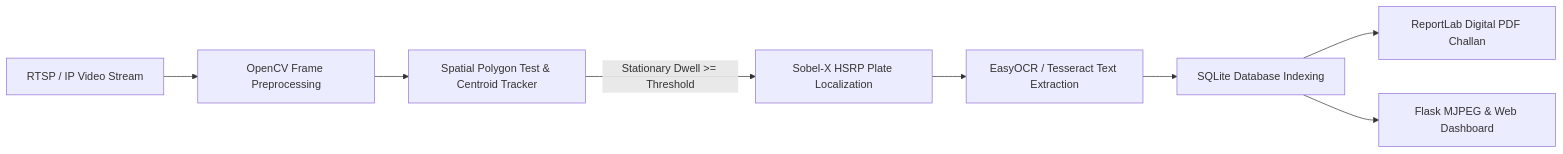
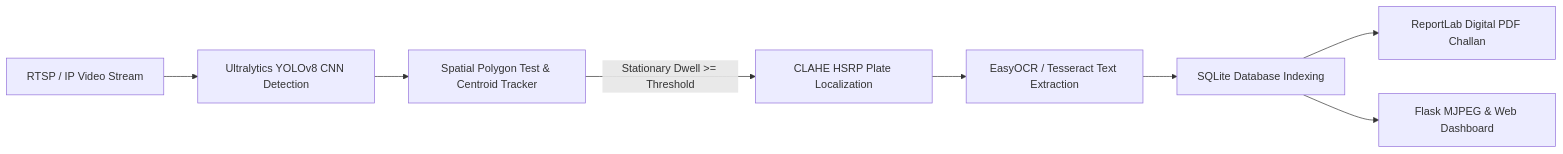
One commit to Aryan1238/ParkGuard-AI changed the diagram in README.md. Above: the diagram before and after it, drawn with Mermaid. The commit also changed other lines of this file, not shown here.

````diff
--- a/README.md
+++ b/README.md
@@ -27,10 +33,10 @@
 ```mermaid
 flowchart LR
-    A[RTSP / IP Video Stream] --> B[OpenCV Frame Preprocessing]
+    A[RTSP / IP Video Stream] --> B[Ultralytics YOLOv8 CNN Detection]
     B --> C[Spatial Polygon Test & Centroid Tracker]
-    C -->|Stationary Dwell >= Threshold| D[Sobel-X HSRP Plate Localization]
+    C -->|Stationary Dwell >= Threshold| D[CLAHE HSRP Plate Localization]
     D --> E[EasyOCR / Tesseract Text Extraction]
     E --> F[SQLite Database Indexing]
     F --> G[ReportLab Digital PDF Challan]
     F --> H[Flask MJPEG & Web Dashboard]
 ```
````
